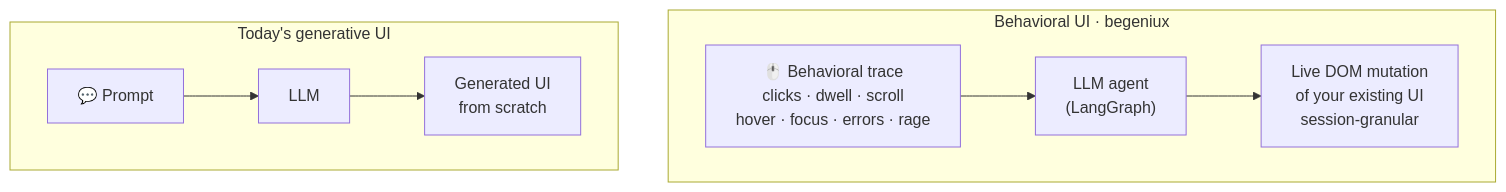
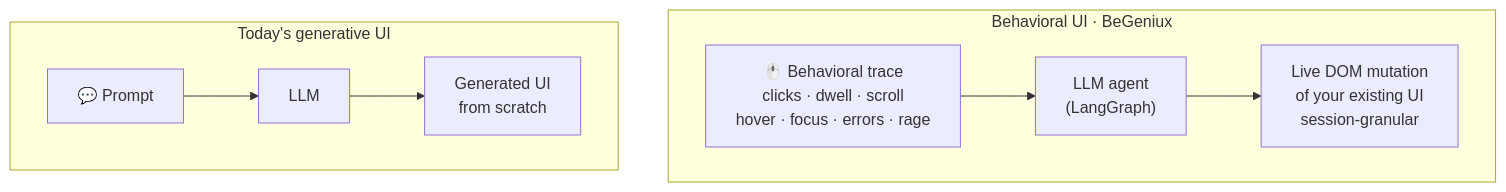
Before and after one commit to WagnerAgent/BeGeniux: the first of 3 diagrams in README.md, drawn with Mermaid. The commit also changed other lines of this file, not shown here.

First line of the commit message:
docs(readme): add Contents TOC + use BeGeniux for the brand

````diff
--- a/README.md
+++ b/README.md
@@ -103,12 +138,12 @@
 ```mermaid
 flowchart LR
   subgraph Trad["Today's generative UI"]
     direction LR
     P["💬 Prompt"] --> M1["LLM"] --> U1["Generated UI<br/>from scratch"]
   end
-  subgraph Be["Behavioral UI · begeniux"]
+  subgraph Be["Behavioral UI · BeGeniux"]
     direction LR
     B["🖱️ Behavioral trace<br/>clicks · dwell · scroll<br/>hover · focus · errors · rage"] --> M2["LLM agent<br/>(LangGraph)"] --> U2["Live DOM mutation<br/>of your existing UI<br/>session-granular"]
   end
   Trad ~~~ Be
 ```
````
